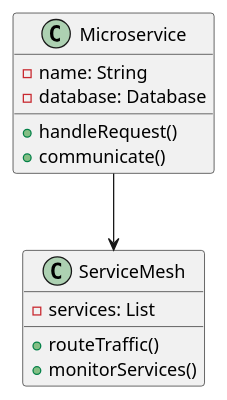
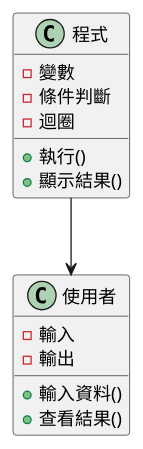
One commit to fine5351/info-sync changed the first of 3 diagrams in doc/learning/architecture/microservices_tutorial.md. Above: the diagram before and after it, drawn with PlantUML. The commit also changed other lines of this file and 35 other files, not shown here.

````diff
--- a/doc/learning/architecture/microservices_tutorial.md
+++ b/doc/learning/architecture/microservices_tutorial.md
@@ -18,18 +18,20 @@
 ```plantuml
 @startuml
-class Microservice {
-    - name: String
-    - database: Database
-    + handleRequest()
-    + communicate()
+class 程式 {
+    - 變數
+    - 條件判斷
+    - 迴圈
+    + 執行()
+    + 顯示結果()
 }
 
-class ServiceMesh {
-    - services: List
-    + routeTraffic()
-    + monitorServices()
+class 使用者 {
+    - 輸入
+    - 輸出
+    + 輸入資料()
+    + 查看結果()
 }
 
-Microservice --> ServiceMesh
+程式 --> 使用者
 @enduml
 ```
````
